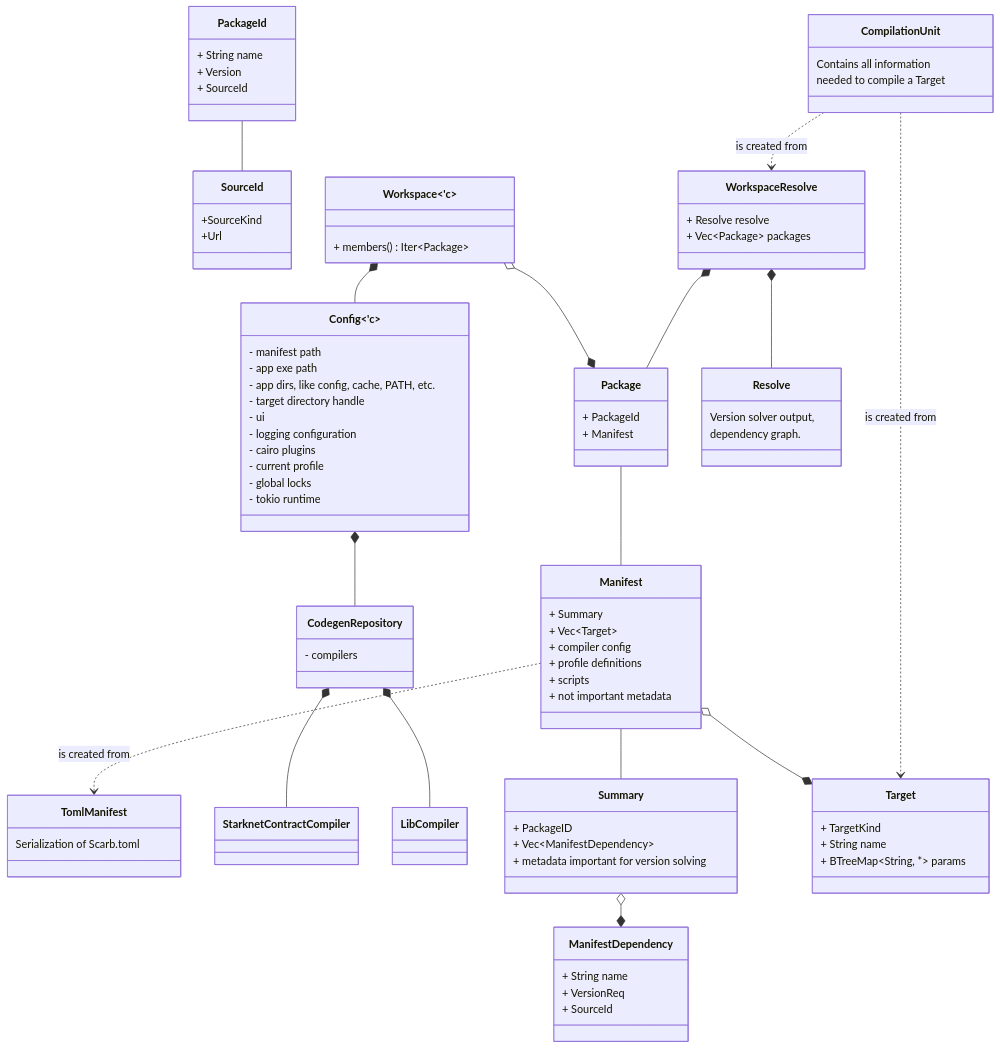
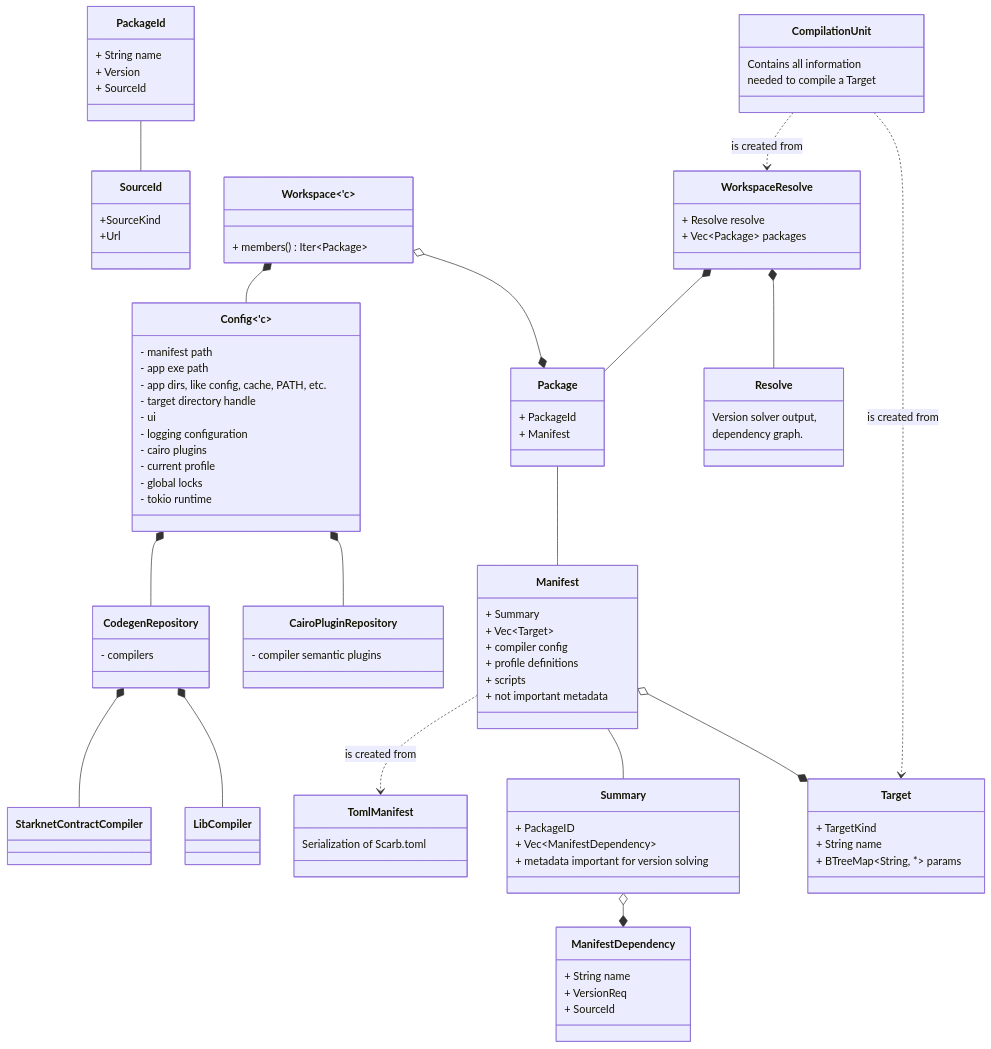
The second of 3 diagrams in ARCHITECTURE.md (software-mansion/scarb), drawn with Mermaid before and after one commit. The commit also changed other lines of this file, not shown here.

Commit message:
Update ARCHITECTURE.md diagrams

```diff
--- a/ARCHITECTURE.md
+++ b/ARCHITECTURE.md
@@ -57,9 +57,6 @@
     class SourceId {
         +SourceKind
         +Url
-    }
-    class TomlManifest {
-        Serialization of Scarb.toml
     }
     class Config~'c~ {
         - manifest path
@@ -75,6 +72,9 @@
     }
     class CodegenRepository {
         - compilers
+    }
+    class CairoPluginRepository {
+        - compiler semantic plugins
     }
     class StarknetContractCompiler {
     }
@@ -94,6 +94,9 @@
         + profile definitions
         + scripts
         + not important metadata
+    }
+    class TomlManifest {
+       Serialization of Scarb.toml
     }
     class Summary {
         + PackageID
@@ -126,6 +129,7 @@
     Workspace~'c~ *-- Config~'c~
     Workspace~'c~ o-- * Package
     Config~'c~ *-- CodegenRepository
+    Config~'c~ *-- CairoPluginRepository
     Package -- Manifest
     Manifest -- Summary
     Manifest o-- * Target
```
